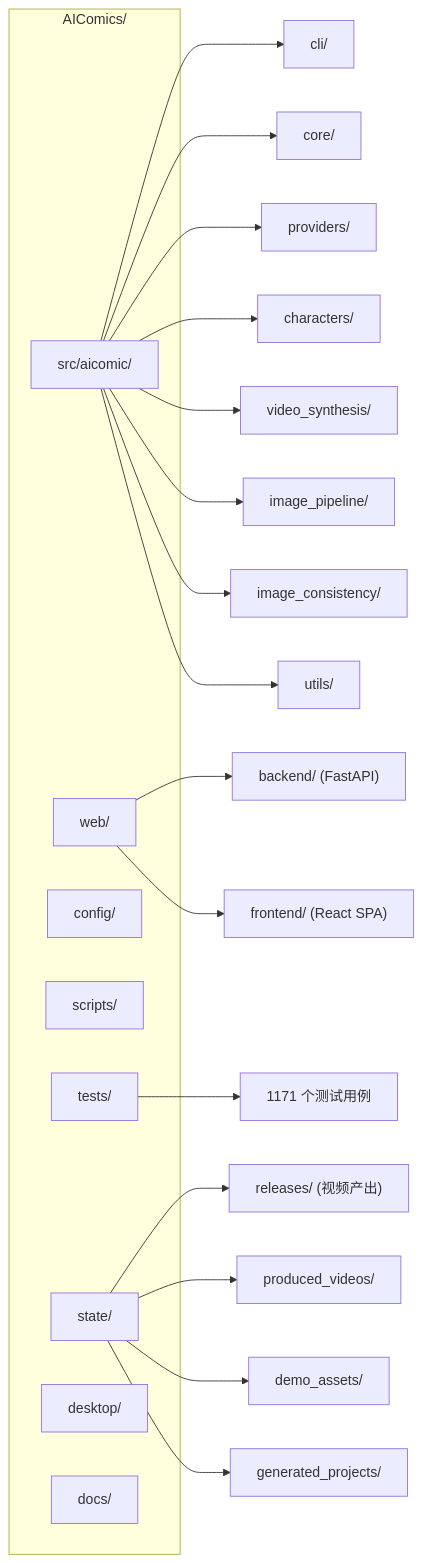
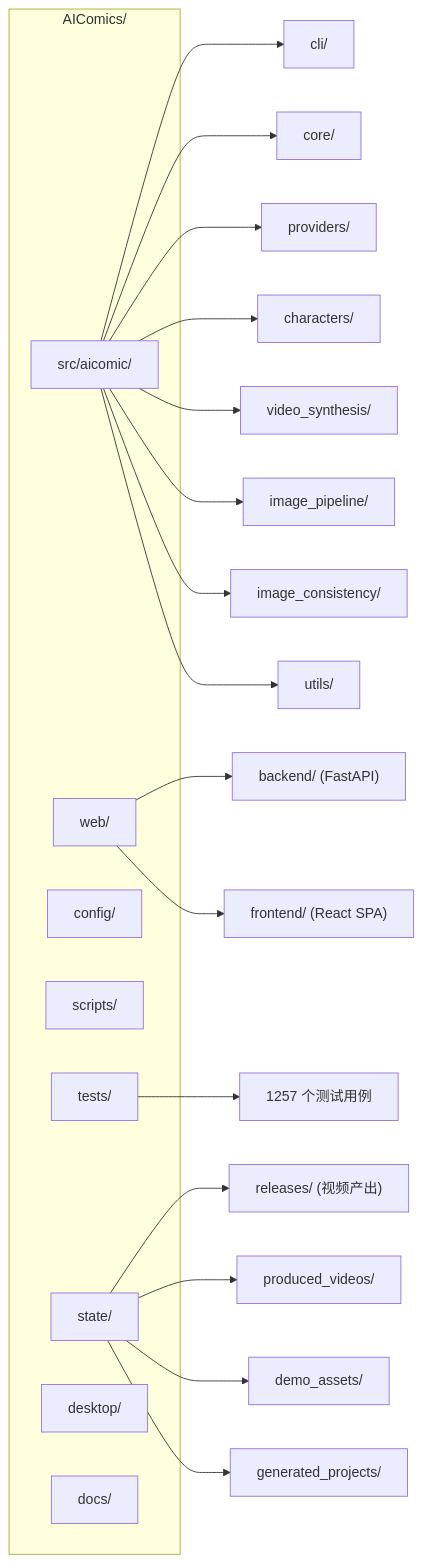
The fourth of 4 diagrams in README.md (chfr19820610-cell/AIComics), drawn with Mermaid before and after one commit. The commit also changed other lines of this file, not shown here.

````diff
--- a/README.md
+++ b/README.md
@@ -567,32 +567,32 @@
 ```mermaid
 graph LR
     subgraph Root["AIComics/"]
         SRC["src/aicomic/"]
         WEB["web/"]
         CFG["config/"]
         SCR["scripts/"]
         TST["tests/"]
         ST["state/"]
         DSK["desktop/"]
         DOCS["docs/"]
     end
 
     SRC --> CLI["cli/"]
     SRC --> CORE["core/"]
     SRC --> PROV2["providers/"]
     SRC --> CHAR2["characters/"]
     SRC --> VS["video_synthesis/"]
     SRC --> IMG2["image_pipeline/"]
     SRC --> IC["image_consistency/"]
     SRC --> UTL["utils/"]
 
     WEB --> BE["backend/ (FastAPI)"]
     WEB --> FE["frontend/ (React SPA)"]
 
-    TST --> T1171["1171 个测试用例"]
+    TST --> T1257["1257 个测试用例"]
 
     ST --> REL["releases/ (视频产出)"]
     ST --> PV["produced_videos/"]
     ST --> DA["demo_assets/"]
     ST --> GP["generated_projects/"]
 ```
````
